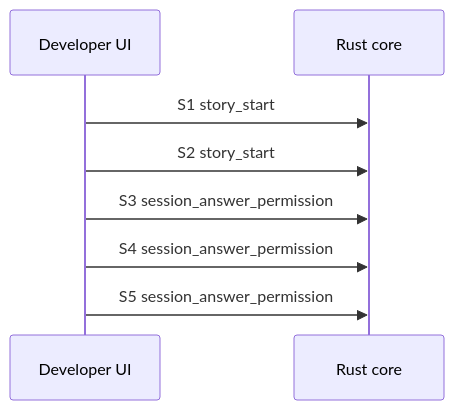
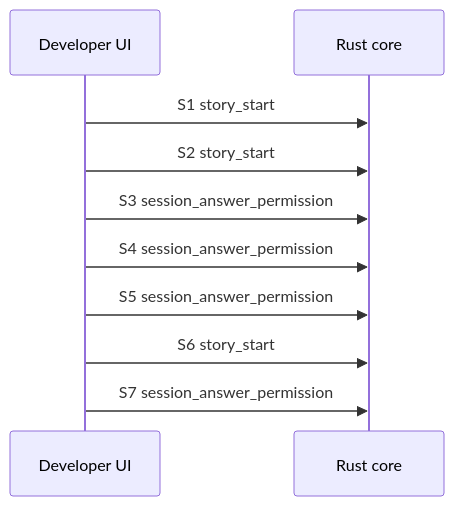
Before and after one commit to HighKnow-ai/flywheel: the diagram in docs/flows/blocked-queue.md, drawn with Mermaid. The commit also changed other lines of this file and 27 other files, not shown here.

````diff
--- a/docs/flows/blocked-queue.md
+++ b/docs/flows/blocked-queue.md
@@ -9,10 +9,12 @@
 ```mermaid
 sequenceDiagram
   participant ui as Developer UI
   participant core as Rust core
   ui->>core: S1 story_start
   ui->>core: S2 story_start
   ui->>core: S3 session_answer_permission
   ui->>core: S4 session_answer_permission
   ui->>core: S5 session_answer_permission
+  ui->>core: S6 story_start
+  ui->>core: S7 session_answer_permission
 ```
````
